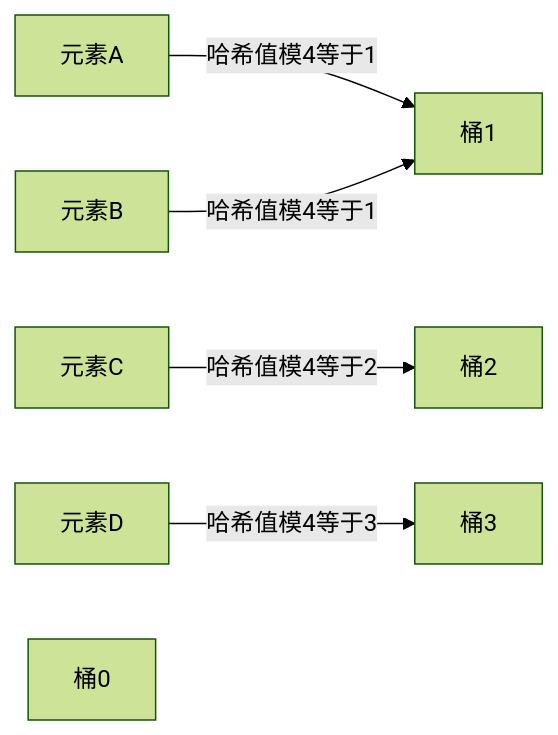
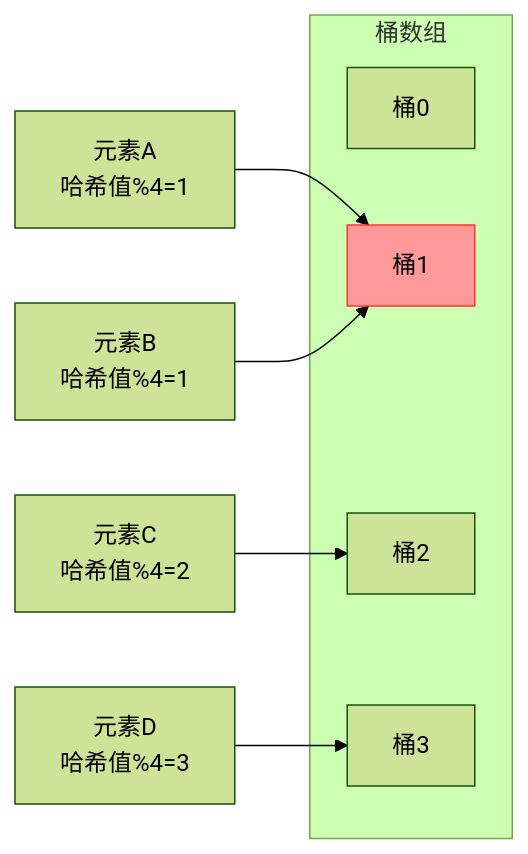
Before and after one commit to y10111/y10111.github.io: the second of 3 diagrams in docs/C++/英雄编程/第四章/unordered_set/4.10.1基础概念.md, drawn with Mermaid (forest theme). The commit also changed other lines of this file and 1 other file, not shown here.

Commit message:
修复4.11.1哈希表结构示意mermaid + 还原4.10.1原始mermaid

````diff
--- a/docs/C++/英雄编程/第四章/unordered_set/4.10.1基础概念.md
+++ b/docs/C++/英雄编程/第四章/unordered_set/4.10.1基础概念.md
@@ -44,8 +44,14 @@
 ```mermaid
 graph LR
-    E1[元素A] -->|哈希值模4等于1| B1[桶1]
-    E2[元素B] -->|哈希值模4等于1| B1[桶1]
-    E3[元素C] -->|哈希值模4等于2| B2[桶2]
-    E4[元素D] -->|哈希值模4等于3| B3[桶3]
-    B0[桶0]
+    subgraph 桶数组
+        B0[桶0]
+        B1[桶1]
+        B2[桶2]
+        B3[桶3]
+    end
+    E1[元素A<br/>哈希值%4=1] --> B1
+    E2[元素B<br/>哈希值%4=1] --> B1
+    E3[元素C<br/>哈希值%4=2] --> B2
+    E4[元素D<br/>哈希值%4=3] --> B3
+    style B1 fill:#f99,stroke:#f33
 ```
````
